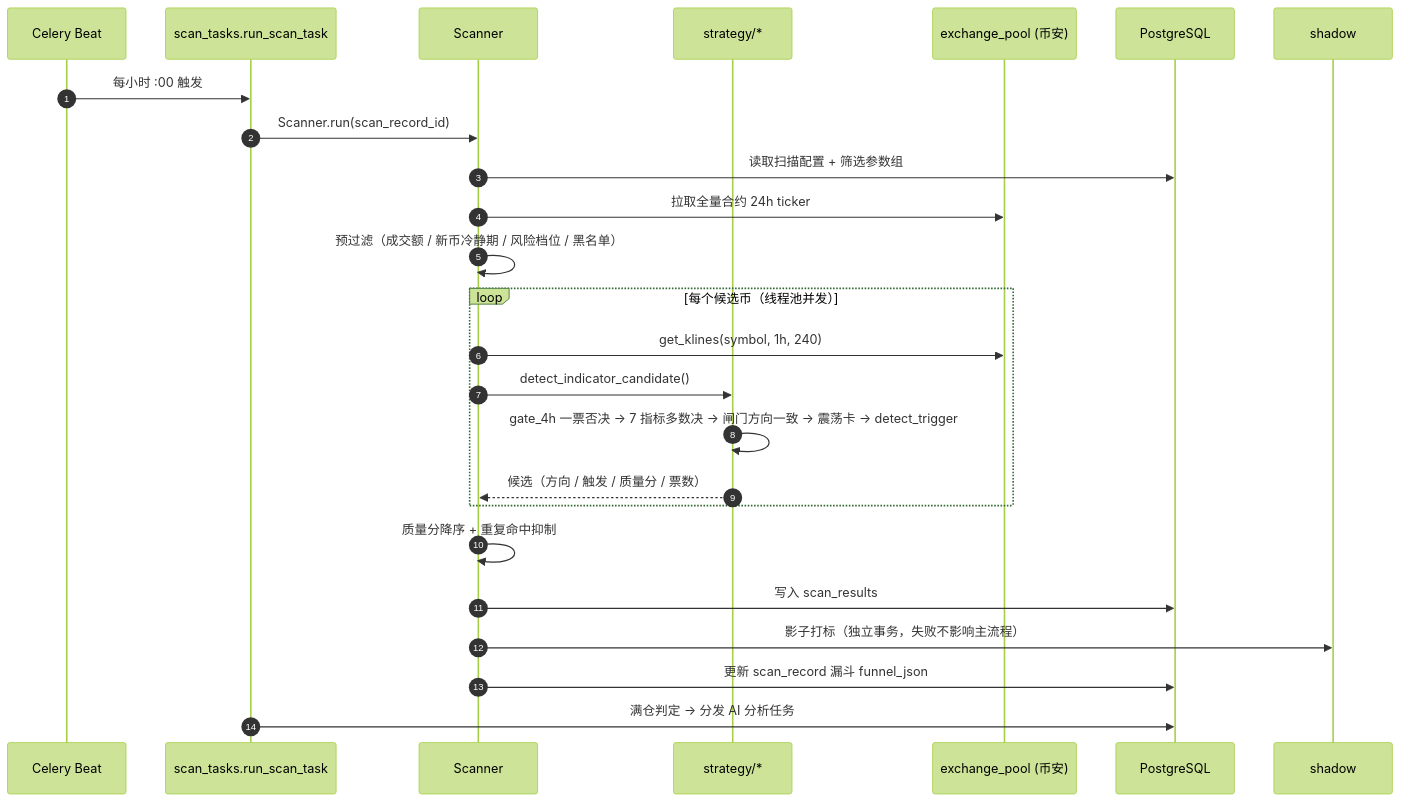
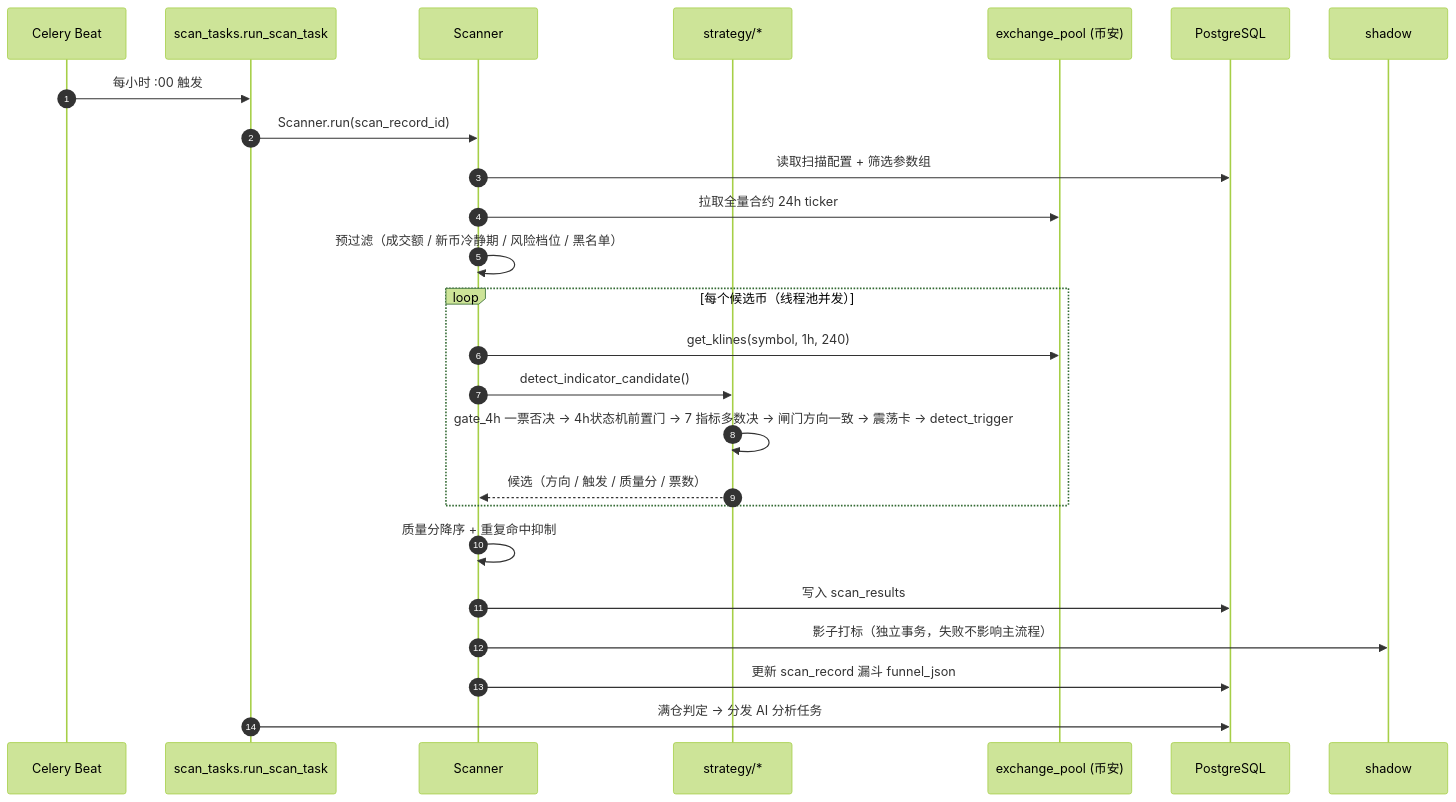
One commit to wwei-github/trading-workbench changed the third of 13 diagrams in frontend/src/assets/CODE_WIKI.md. Above: the diagram before and after it, drawn with Mermaid (forest theme). The commit also changed other lines of this file and 13 other files, not shown here.

````diff
--- a/frontend/src/assets/CODE_WIKI.md
+++ b/frontend/src/assets/CODE_WIKI.md
@@ -639,28 +640,28 @@
 ```mermaid
 sequenceDiagram
     autonumber
     participant Beat as Celery Beat
     participant Task as scan_tasks.run_scan_task
     participant SC as Scanner
     participant ST as strategy/*
     participant EX as exchange_pool (币安)
     participant DB as PostgreSQL
     participant SH as shadow
 
     Beat->>Task: 每小时 :00 触发
     Task->>SC: Scanner.run(scan_record_id)
     SC->>DB: 读取扫描配置 + 筛选参数组
     SC->>EX: 拉取全量合约 24h ticker
     SC->>SC: 预过滤（成交额 / 新币冷静期 / 风险档位 / 黑名单）
     loop 每个候选币（线程池并发）
         SC->>EX: get_klines(symbol, 1h, 240)
         SC->>ST: detect_indicator_candidate()
-        ST->>ST: gate_4h 一票否决 → 7 指标多数决 → 闸门方向一致 → 震荡卡 → detect_trigger
+        ST->>ST: gate_4h 一票否决 → 4h状态机前置门 → 7 指标多数决 → 闸门方向一致 → 震荡卡 → detect_trigger
         ST-->>SC: 候选（方向 / 触发 / 质量分 / 票数）
     end
     SC->>SC: 质量分降序 + 重复命中抑制
     SC->>DB: 写入 scan_results
     SC->>SH: 影子打标（独立事务，失败不影响主流程）
     SC->>DB: 更新 scan_record 漏斗 funnel_json
     Task->>DB: 满仓判定 → 分发 AI 分析任务
 ```
````
